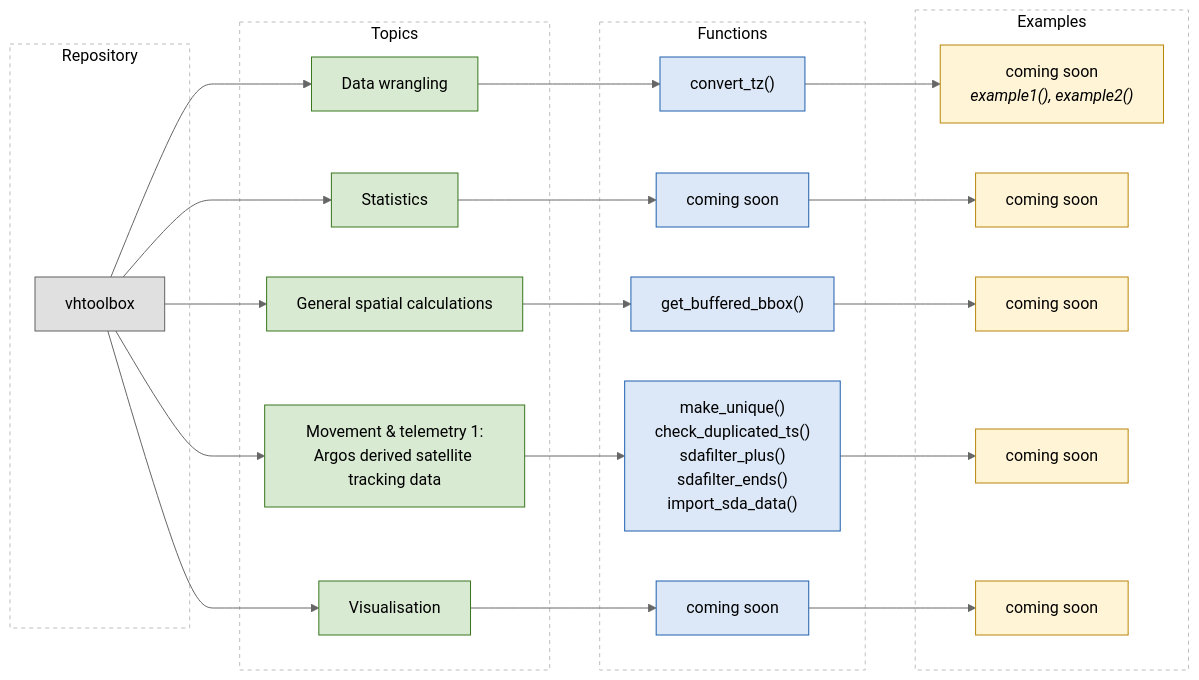
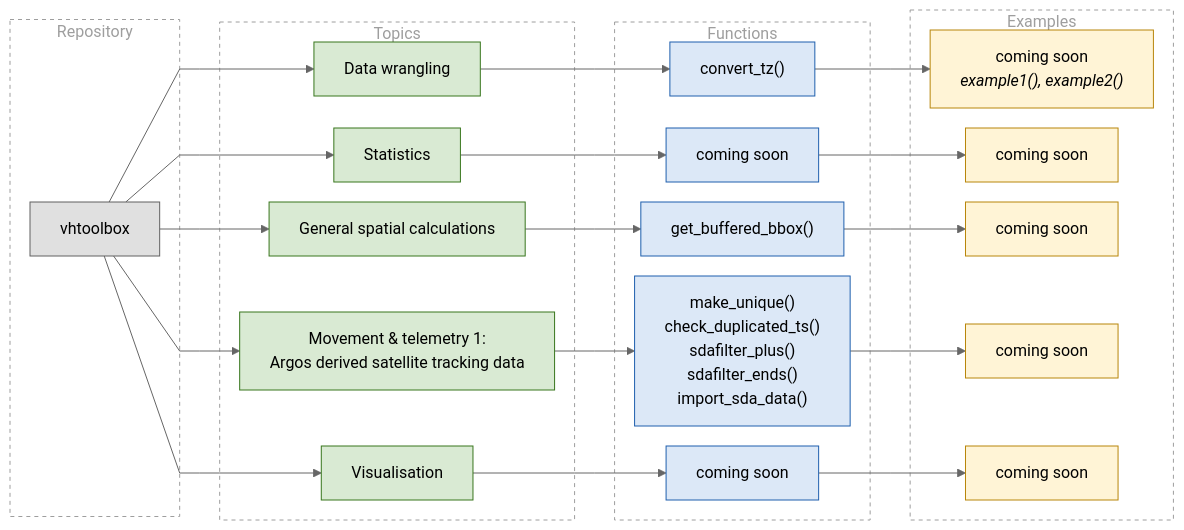
The diagram in README.md (vheim/vhtoolbox), drawn with Mermaid (neutral theme) before and after one commit. The commit also changed other lines of this file, not shown here.

Commit message:
updated mermaid table aesthetics

````diff
--- a/README.md
+++ b/README.md
@@ -25,49 +25,56 @@
 ```mermaid
+%%{init: {"flowchart": {"curve": "linear", "rankSpacing": 40, "nodeSpacing": 20, "wrappingWidth": 500}}}%%
 flowchart LR
+  %% P1/P2 = invisible spacers that make the Repository box as tall as the others;
+  %% add or remove <br/> in both if the other columns get taller or shorter.
   subgraph L1["Repository"]
+    P1["<br/><br/><br/><br/>"]
     R["vhtoolbox"]
+    P2["<br/><br/><br/><br/>"]
   end
   subgraph L2["Topics"]
     T1["Data wrangling"]
     T2["Statistics"]
     T3["General spatial calculations"]
     T4["Movement & telemetry 1:<br/>Argos derived satellite tracking data"]
     T5["Visualisation"]
   end
   subgraph L3["Functions"]
     F1["convert_tz()"]
     F2["coming soon"]
     F3["get_buffered_bbox()"]
     F4["make_unique()<br/>check_duplicated_ts()<br/>sdafilter_plus()<br/>sdafilter_ends()<br/>import_sda_data()"]
     F5["coming soon"]
   end
   subgraph L4["Examples"]
     E1["coming soon<br/><i>example1(), example2()</i>"]
     E2["coming soon"]
     E3["coming soon"]
     E4["coming soon"]
     E5["coming soon"]
   end
 
   R --> T1 & T2 & T3 & T4 & T5
   T1 --> F1 --> E1
   T2 --> F2 --> E2
   T3 --> F3 --> E3
   T4 --> F4 --> E4
   T5 --> F5 --> E5
 
   %% One example box per topic: replace "coming soon" with the example name(s),
   %% each followed by the functions it uses in italics, e.g.
   %%   E4["Rexample_sdafilter_plus.R<br/><i>sdafilter_plus(), sdafilter_ends()</i>"]
 
   classDef repo     fill:#E0E0E0,stroke:#616161,color:#000;
   classDef topic    fill:#D9EAD3,stroke:#38761D,color:#000;
   classDef func     fill:#DCE8F7,stroke:#1F5FAD,color:#000;
   classDef example  fill:#FFF4D6,stroke:#B8860B,color:#000;
-  classDef level    fill:none,stroke:#BDBDBD,stroke-dasharray:4 4,color:#000;
+  classDef level    fill:none,stroke:#9E9E9E,stroke-dasharray:4 4,color:#9E9E9E;
+  classDef spacer   fill:none,stroke:none,color:none;
   class R repo;
+  class P1,P2 spacer;
   class T1,T2,T3,T4,T5 topic;
   class F1,F2,F3,F4,F5 func;
   class E1,E2,E3,E4,E5 example;
   class L1,L2,L3,L4 level;
 ```
````
